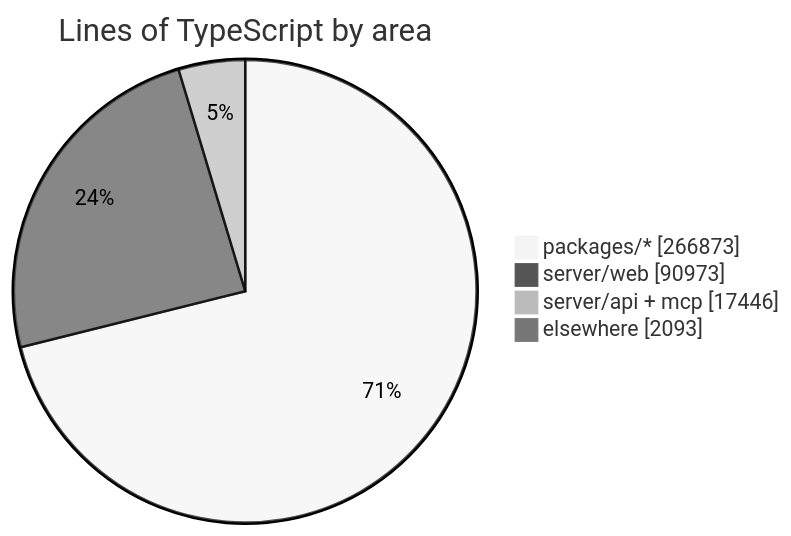
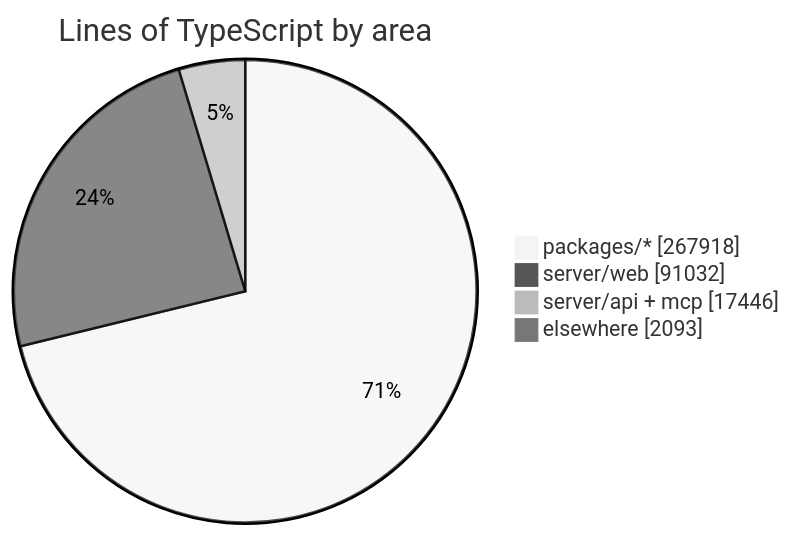
Before and after one commit to crossworks-engineering/mantle: the diagram in README.md, drawn with Mermaid (neutral theme). The commit also changed other lines of this file and 2 other files, not shown here.

````diff
--- a/README.md
+++ b/README.md
@@ -287,7 +287,7 @@
 ```mermaid
 pie showData title Lines of TypeScript by area
-    "packages/*" : 266873
-    "server/web" : 90973
+    "packages/*" : 267918
+    "server/web" : 91032
     "server/api + mcp" : 17446
     "elsewhere" : 2093
 ```
````
